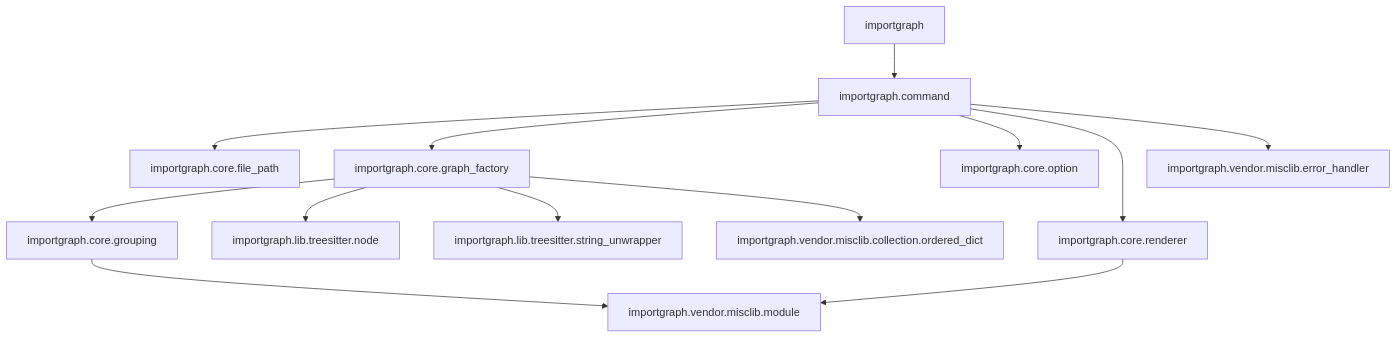
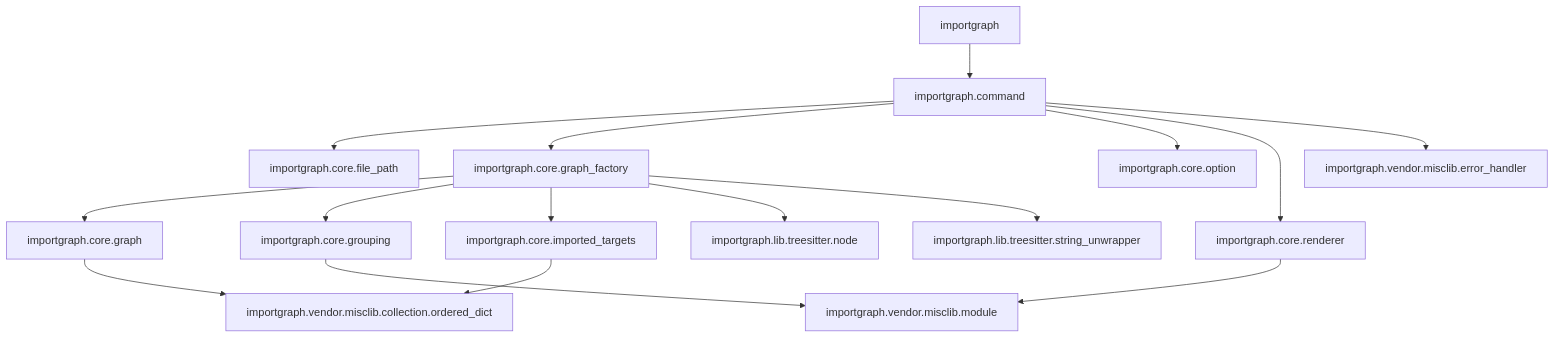
One commit to notomo/importgraph.nvim changed the diagram in README.md. Above: the diagram before and after it, drawn with Mermaid. The commit also changed 3 other files, not shown here.

````diff
--- a/README.md
+++ b/README.md
@@ -20,15 +20,18 @@
 ```mermaid
 graph TB
   importgraph --> importgraph.command
   importgraph.command --> importgraph.core.file_path
   importgraph.command --> importgraph.core.graph_factory
   importgraph.command --> importgraph.core.option
   importgraph.command --> importgraph.core.renderer
   importgraph.command --> importgraph.vendor.misclib.error_handler
+  importgraph.core.graph --> importgraph.vendor.misclib.collection.ordered_dict
+  importgraph.core.graph_factory --> importgraph.core.graph
   importgraph.core.graph_factory --> importgraph.core.grouping
+  importgraph.core.graph_factory --> importgraph.core.imported_targets
   importgraph.core.graph_factory --> importgraph.lib.treesitter.node
   importgraph.core.graph_factory --> importgraph.lib.treesitter.string_unwrapper
-  importgraph.core.graph_factory --> importgraph.vendor.misclib.collection.ordered_dict
   importgraph.core.grouping --> importgraph.vendor.misclib.module
+  importgraph.core.imported_targets --> importgraph.vendor.misclib.collection.ordered_dict
   importgraph.core.renderer --> importgraph.vendor.misclib.module
 ```
````
